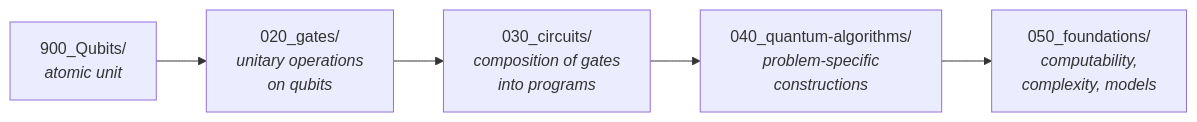
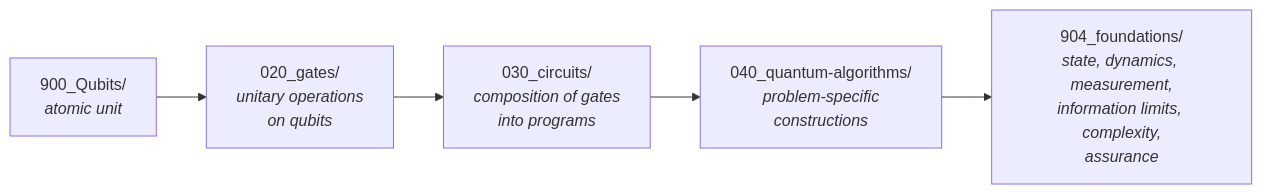
Before and after one commit to AmedeoPelliccia/Qplus-For-All-Queer-People-and-Quantum: the diagram in Q+ATLANTIDE/900-999_QCSAA/900-909_Fundamentos-de-Computacion-Cuantica/00_INDEX.md, drawn with Mermaid. The commit also changed other lines of this file and 14 other files, not shown here.

````diff
--- a/Q+ATLANTIDE/900-999_QCSAA/900-909_Fundamentos-de-Computacion-Cuantica/00_INDEX.md
+++ b/Q+ATLANTIDE/900-999_QCSAA/900-909_Fundamentos-de-Computacion-Cuantica/00_INDEX.md
@@ -35,7 +35,7 @@
 ```mermaid
 flowchart LR
     A["900_Qubits/<br/><i>atomic unit</i>"] --> B["020_gates/<br/><i>unitary operations<br/>on qubits</i>"]
     B --> C["030_circuits/<br/><i>composition of gates<br/>into programs</i>"]
     C --> D["040_quantum-algorithms/<br/><i>problem-specific<br/>constructions</i>"]
-    D --> E["050_foundations/<br/><i>computability,<br/>complexity, models</i>"]
+    D --> E["904_foundations/<br/><i>state, dynamics, measurement,<br/>information limits, complexity,<br/>assurance</i>"]
 ```
````
